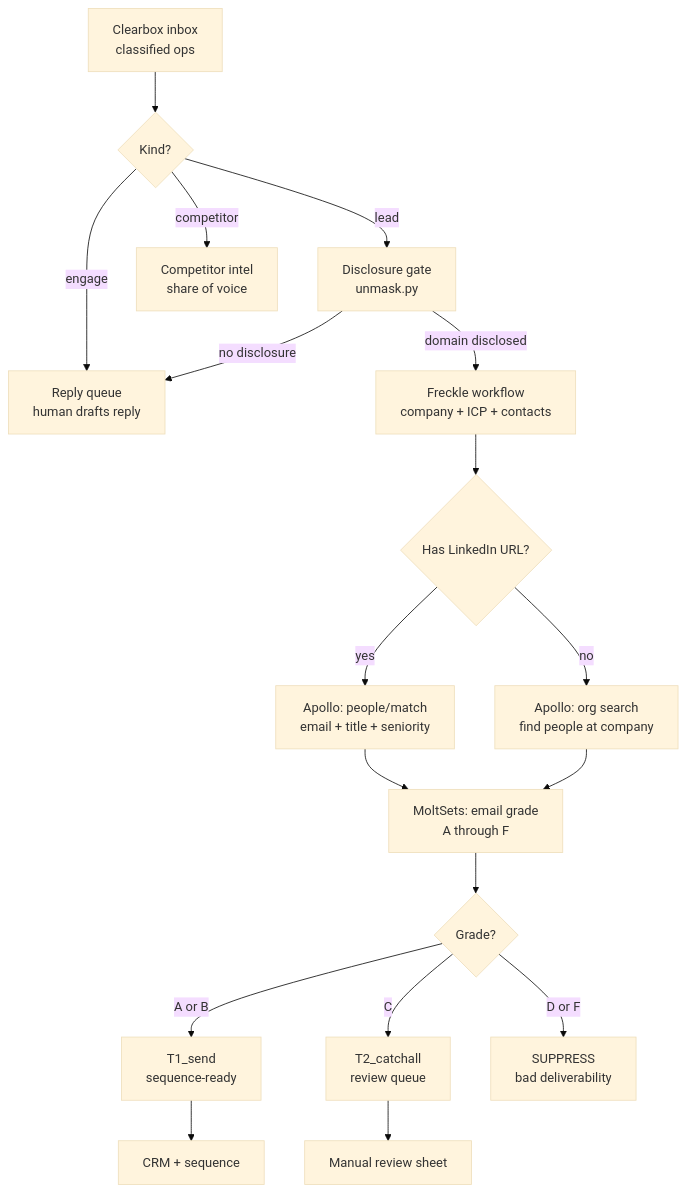
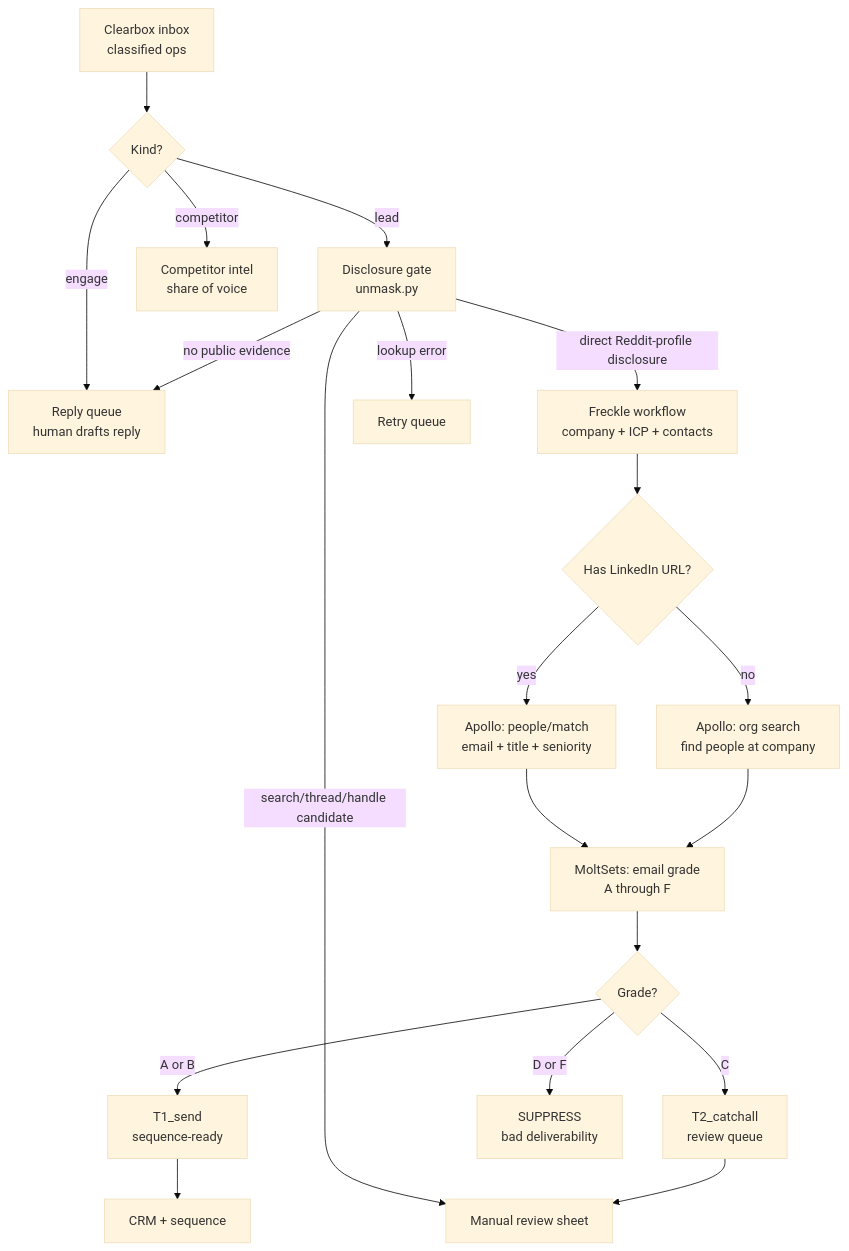
One commit to shawnla90/ClearboxGTM changed the diagram in examples/workflows/enrichment-waterfall.md. Above: the diagram before and after it, drawn with Mermaid (base theme). The commit also changed other lines of this file and 13 other files, not shown here.

Commit message:
fix: require direct Reddit profile evidence for enrichment

````diff
--- a/examples/workflows/enrichment-waterfall.md
+++ b/examples/workflows/enrichment-waterfall.md
@@ -7,20 +7,22 @@
 ```mermaid
 graph TD
   A[Clearbox inbox<br/>classified ops] --> B{Kind?}
   B -->|lead| C[Disclosure gate<br/>unmask.py]
   B -->|engage| D[Reply queue<br/>human drafts reply]
   B -->|competitor| E[Competitor intel<br/>share of voice]
-  C -->|domain disclosed| F[Freckle workflow<br/>company + ICP + contacts]
-  C -->|no disclosure| D
+  C -->|direct Reddit-profile disclosure| F[Freckle workflow<br/>company + ICP + contacts]
+  C -->|search/thread/handle candidate| P[Manual review]
+  C -->|no public evidence| D
+  C -->|lookup error| Q[Retry queue]
   F --> G{Has LinkedIn URL?}
   G -->|yes| H[Apollo: people/match<br/>email + title + seniority]
   G -->|no| I[Apollo: org search<br/>find people at company]
   H --> J[MoltSets: email grade<br/>A through F]
   I --> J
   J --> K{Grade?}
   K -->|A or B| L[T1_send<br/>sequence-ready]
   K -->|C| M[T2_catchall<br/>review queue]
   K -->|D or F| N[SUPPRESS<br/>bad deliverability]
   L --> O[CRM + sequence]
   M --> P[Manual review sheet]
 ```
````
